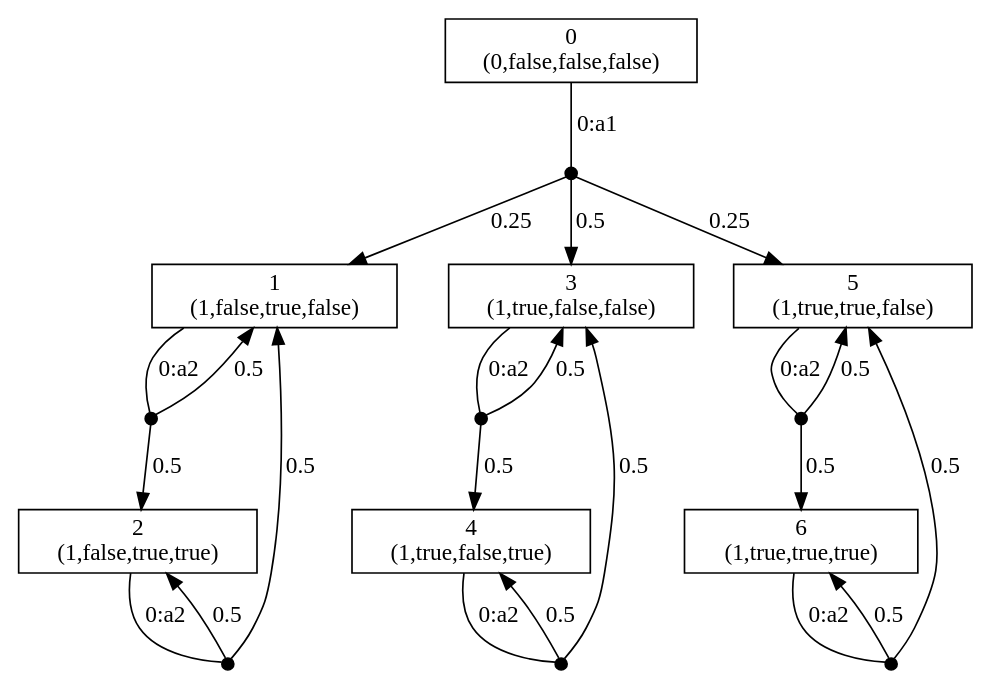
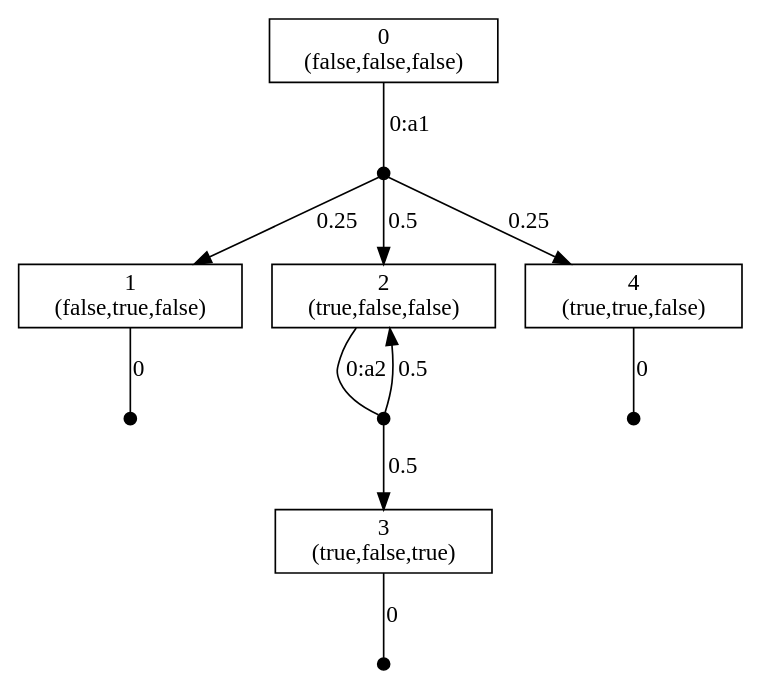
Before and after one commit to mahalageeta/DSTG-PRISM: the diagram in mdp.dot, drawn with Graphviz. The commit also changed 19 other files, not shown here.

```diff
--- a/mdp.dot
+++ b/mdp.dot
@@ -1,39 +1,23 @@
 digraph MDP {
 node [label="",shape="box"];
-0 [label="0\n(0,false,false,false)"];
+0 [label="0\n(false,false,false)"];
 0 -> n0_0  [label="0:a1",arrowhead="none"];
 n0_0 [ shape=point,width=0.1,height=0.1,label="" ];
 n0_0 -> 1  [label="0.25"];
-n0_0 -> 3  [label="0.5"];
-n0_0 -> 5  [label="0.25"];
-1 [label="1\n(1,false,true,false)"];
-1 -> n1_0  [label="0:a2",arrowhead="none"];
+n0_0 -> 2  [label="0.5"];
+n0_0 -> 4  [label="0.25"];
+1 [label="1\n(false,true,false)"];
+1 -> n1_0  [label="0",arrowhead="none"];
 n1_0 [ shape=point,width=0.1,height=0.1,label="" ];
-n1_0 -> 1  [label="0.5"];
-n1_0 -> 2  [label="0.5"];
-2 [label="2\n(1,false,true,true)"];
+2 [label="2\n(true,false,false)"];
 2 -> n2_0  [label="0:a2",arrowhead="none"];
 n2_0 [ shape=point,width=0.1,height=0.1,label="" ];
-n2_0 -> 1  [label="0.5"];
 n2_0 -> 2  [label="0.5"];
-3 [label="3\n(1,true,false,false)"];
-3 -> n3_0  [label="0:a2",arrowhead="none"];
+n2_0 -> 3  [label="0.5"];
+3 [label="3\n(true,false,true)"];
+3 -> n3_0  [label="0",arrowhead="none"];
 n3_0 [ shape=point,width=0.1,height=0.1,label="" ];
-n3_0 -> 3  [label="0.5"];
-n3_0 -> 4  [label="0.5"];
-4 [label="4\n(1,true,false,true)"];
-4 -> n4_0  [label="0:a2",arrowhead="none"];
+4 [label="4\n(true,true,false)"];
+4 -> n4_0  [label="0",arrowhead="none"];
 n4_0 [ shape=point,width=0.1,height=0.1,label="" ];
-n4_0 -> 3  [label="0.5"];
-n4_0 -> 4  [label="0.5"];
-5 [label="5\n(1,true,true,false)"];
-5 -> n5_0  [label="0:a2",arrowhead="none"];
-n5_0 [ shape=point,width=0.1,height=0.1,label="" ];
-n5_0 -> 5  [label="0.5"];
-n5_0 -> 6  [label="0.5"];
-6 [label="6\n(1,true,true,true)"];
-6 -> n6_0  [label="0:a2",arrowhead="none"];
-n6_0 [ shape=point,width=0.1,height=0.1,label="" ];
-n6_0 -> 5  [label="0.5"];
-n6_0 -> 6  [label="0.5"];
 }
```
